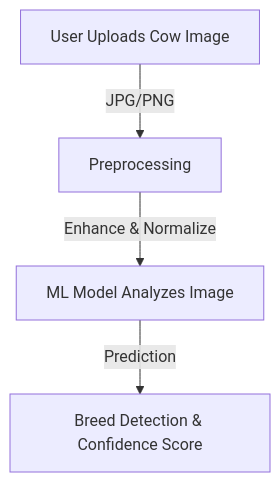
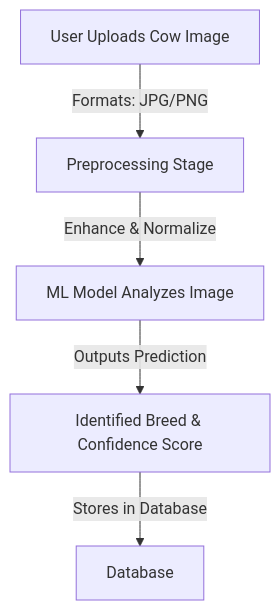
Before and after one commit to Maheshh-S/AquaBov: the second of 5 diagrams in README.md, drawn with Mermaid. The commit also changed other lines of this file, not shown here.

````diff
--- a/README.md
+++ b/README.md
@@ -45,6 +44,7 @@
 ```mermaid
 graph TD;
-    U[User Uploads Cow Image] -->|JPG/PNG| P[Preprocessing]
+    U[User Uploads Cow Image] -->|Formats: JPG/PNG| P[Preprocessing Stage]
     P -->|Enhance & Normalize| M[ML Model Analyzes Image]
-    M -->|Prediction| R[Breed Detection & Confidence Score]
+    M -->|Outputs Prediction| R[Identified Breed & Confidence Score]
+    R -->|Stores in Database| D[Database]
 ```
````
